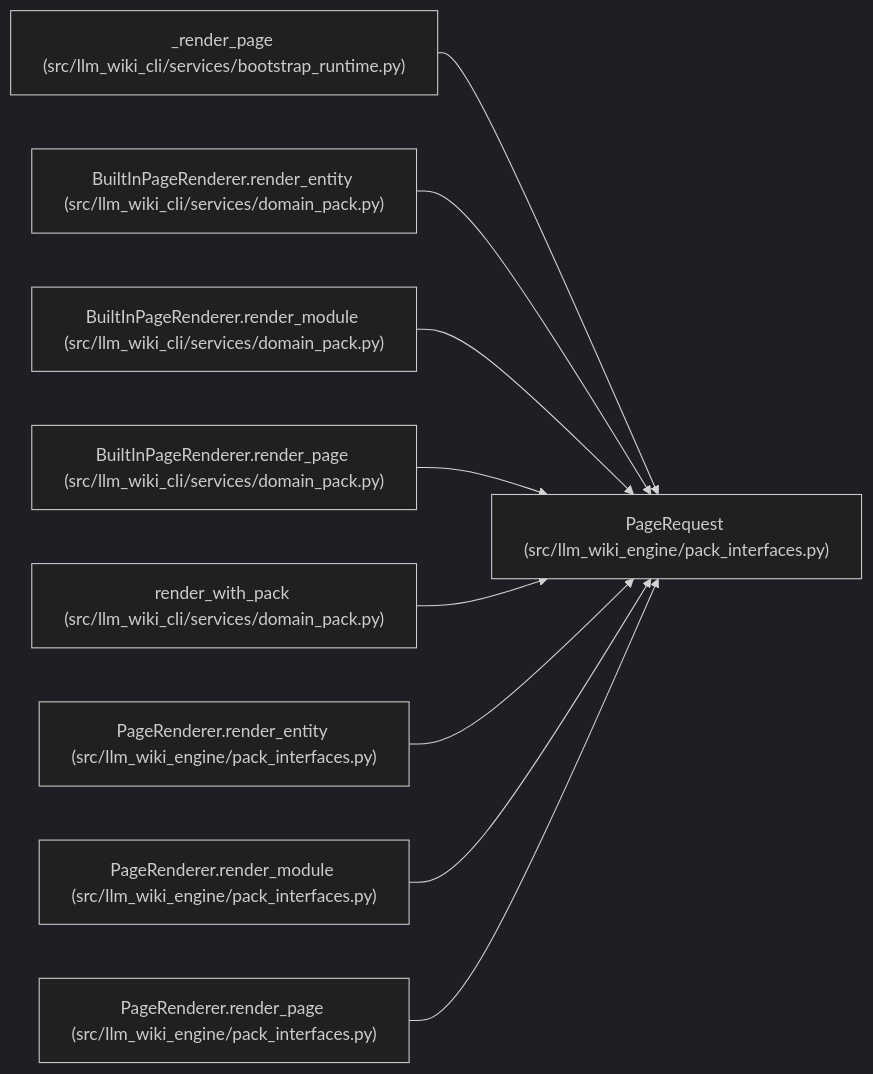
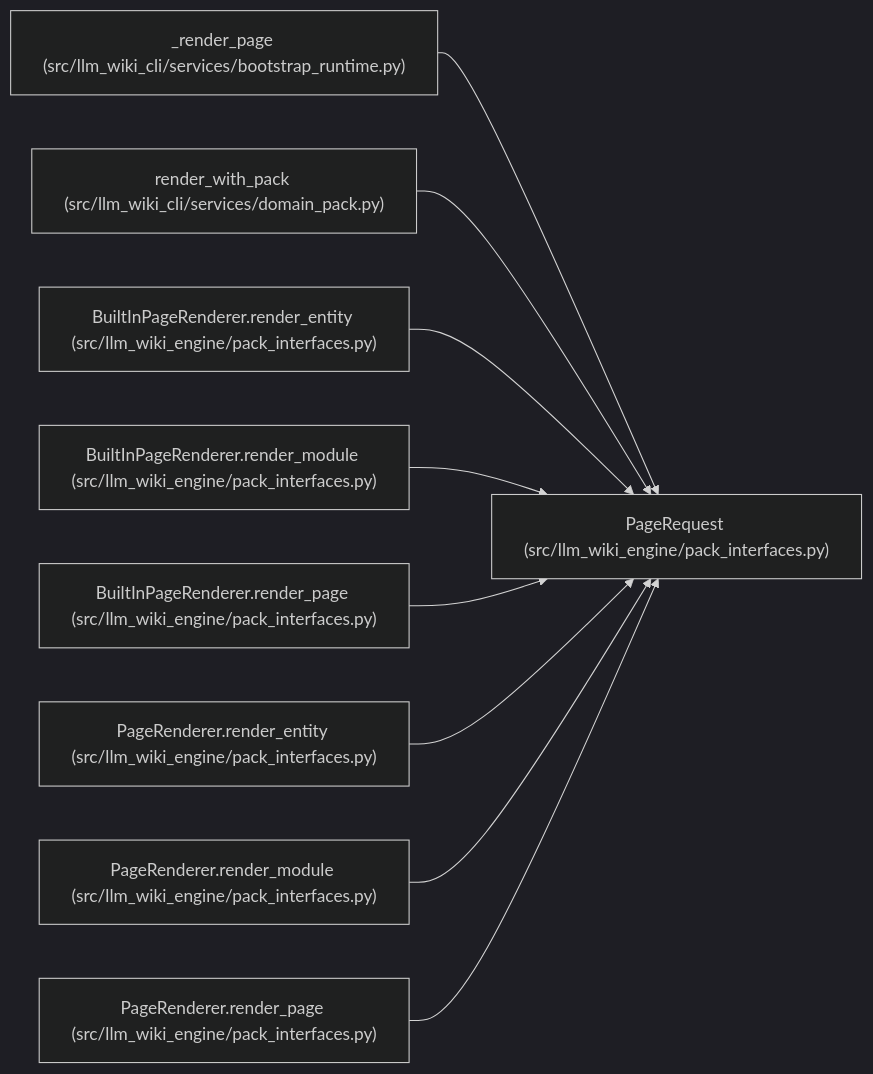
Before and after one commit to Denissvgn/python-wiki-llm: the diagram in docs/llm_wiki/entities/PageRequest.md, drawn with Mermaid (dark theme). The commit also changed other lines of this file and 719 other files, not shown here.

Commit message:
docs: refresh the wiki for the engine's own use cases

````diff
--- a/docs/llm_wiki/entities/PageRequest.md
+++ b/docs/llm_wiki/entities/PageRequest.md
@@ -50,29 +50,29 @@
 ```mermaid
 flowchart LR
     n0["PageRequest (src/llm_wiki_engine/pack_interfaces.py)"]
     n1["_render_page (src/llm_wiki_cli/services/bootstrap_runtime.py)"]
-    n2["BuiltInPageRenderer.render_entity (src/llm_wiki_cli/services/domain_pack.py)"]
-    n3["BuiltInPageRenderer.render_module (src/llm_wiki_cli/services/domain_pack.py)"]
-    n4["BuiltInPageRenderer.render_page (src/llm_wiki_cli/services/domain_pack.py)"]
-    n5["render_with_pack (src/llm_wiki_cli/services/domain_pack.py)"]
+    n2["render_with_pack (src/llm_wiki_cli/services/domain_pack.py)"]
+    n3["BuiltInPageRenderer.render_entity (src/llm_wiki_engine/pack_interfaces.py)"]
+    n4["BuiltInPageRenderer.render_module (src/llm_wiki_engine/pack_interfaces.py)"]
+    n5["BuiltInPageRenderer.render_page (src/llm_wiki_engine/pack_interfaces.py)"]
     n6["PageRenderer.render_entity (src/llm_wiki_engine/pack_interfaces.py)"]
     n7["PageRenderer.render_module (src/llm_wiki_engine/pack_interfaces.py)"]
     n8["PageRenderer.render_page (src/llm_wiki_engine/pack_interfaces.py)"]
     n1 --> n0
     n2 --> n0
     n3 --> n0
     n4 --> n0
     n5 --> n0
     n6 --> n0
     n7 --> n0
     n8 --> n0
     click n0 "../modules/pack_interfaces.md"
     click n1 "../modules/bootstrap_runtime.md"
     click n2 "../modules/domain_pack.md"
-    click n3 "../modules/domain_pack.md"
-    click n4 "../modules/domain_pack.md"
-    click n5 "../modules/domain_pack.md"
+    click n3 "../modules/pack_interfaces.md"
+    click n4 "../modules/pack_interfaces.md"
+    click n5 "../modules/pack_interfaces.md"
     click n6 "../modules/pack_interfaces.md"
     click n7 "../modules/pack_interfaces.md"
     click n8 "../modules/pack_interfaces.md"
 ```
````
